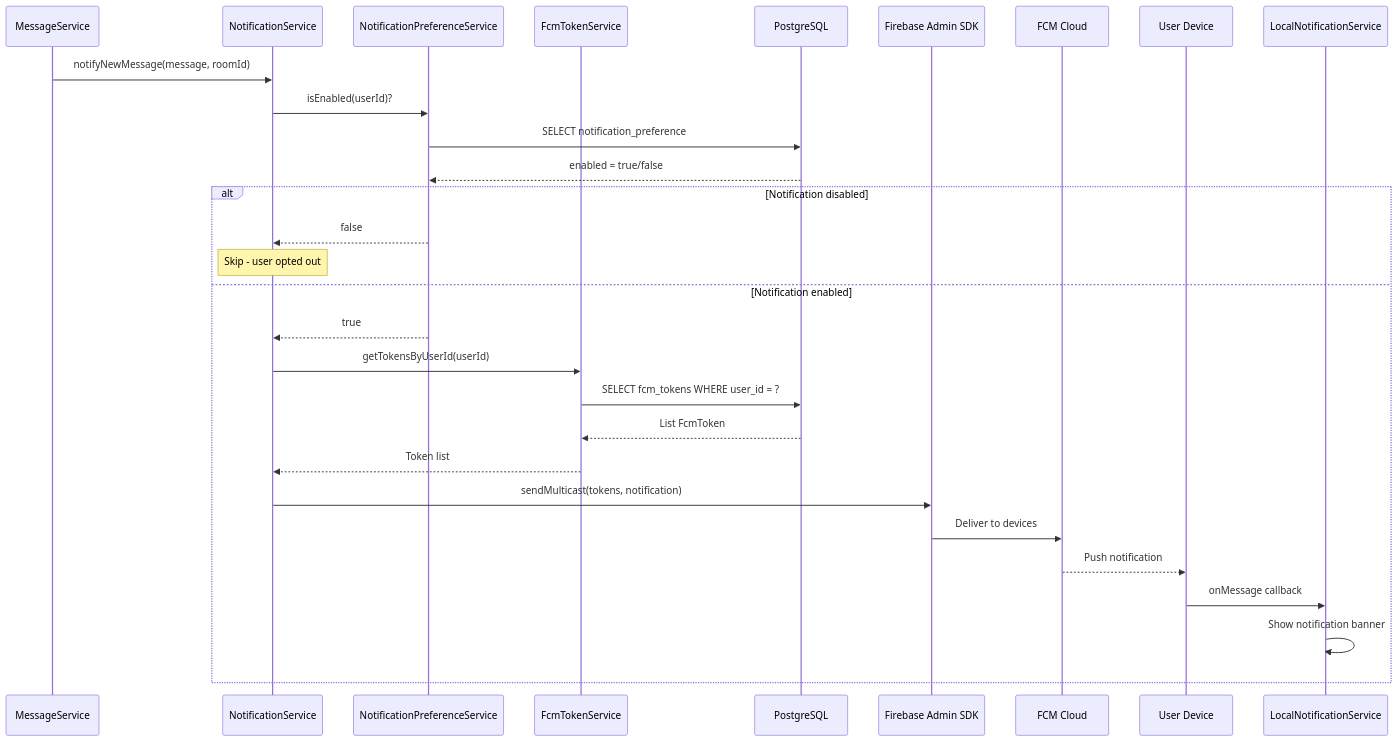
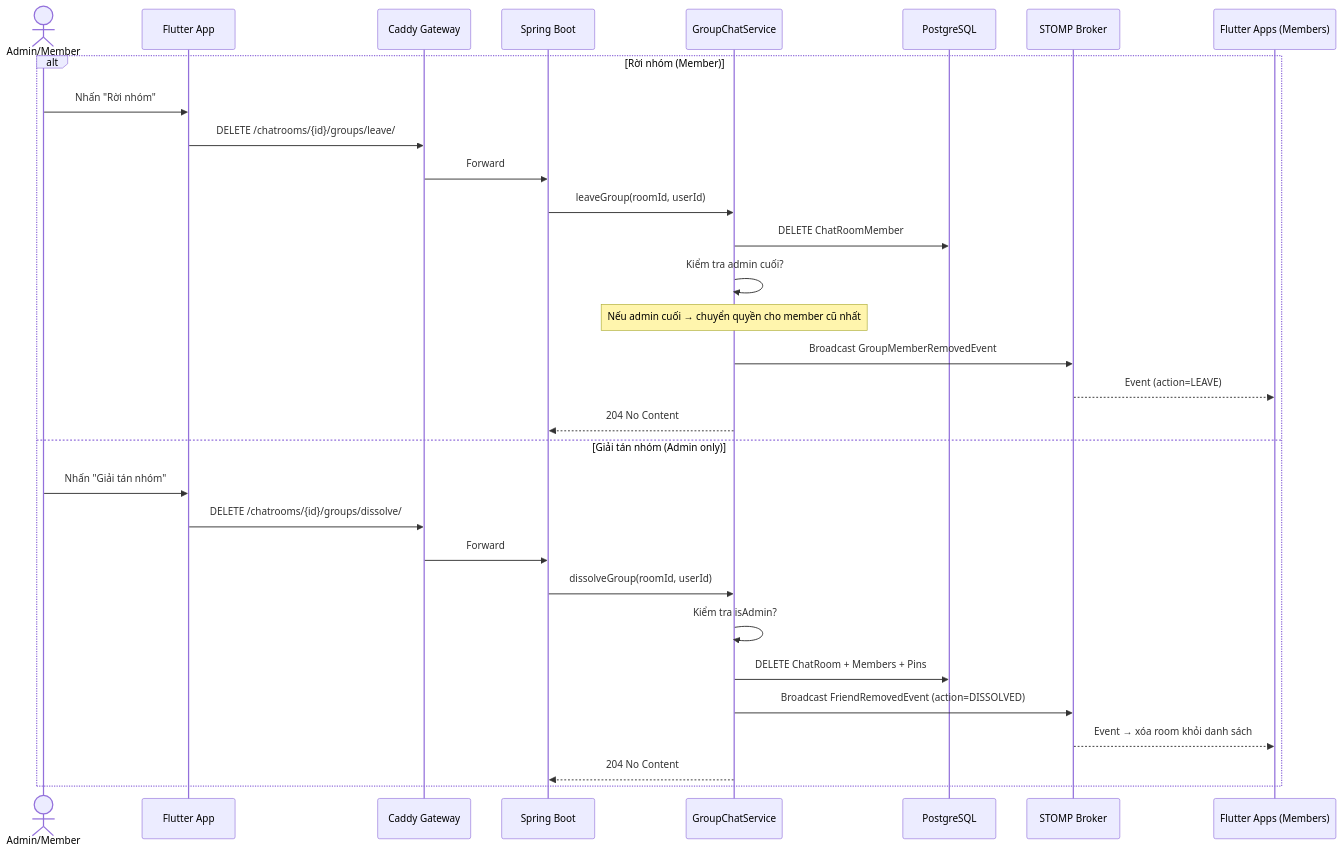
One commit to HiepNguyen284/chatapp changed the eighth of 11 diagrams in bao_cao_thanh_vien_4.md. Above: the diagram before and after it, drawn with Mermaid. The commit also changed other lines of this file and 4473 other files, not shown here.

````diff
--- a/bao_cao_thanh_vien_4.md
+++ b/bao_cao_thanh_vien_4.md
@@ -818,32 +679,34 @@
 ```mermaid
 sequenceDiagram
-    participant MsgSvc as MessageService
-    participant NotifSvc as NotificationService
-    participant PrefSvc as NotificationPreferenceService
-    participant TokenSvc as FcmTokenService
+    actor User as Admin/Member
+    participant App as Flutter App
+    participant API as Caddy Gateway
+    participant SB as Spring Boot
+    participant GrpSvc as GroupChatService
     participant DB as PostgreSQL
-    participant Firebase as Firebase Admin SDK
-    participant FCM as FCM Cloud
-    participant Device as User Device
-    participant LocalNotif as LocalNotificationService
+    participant STOMP as STOMP Broker
+    participant AppM as Flutter Apps (Members)
 
-    MsgSvc->>NotifSvc: notifyNewMessage(message, roomId)
-    NotifSvc->>PrefSvc: isEnabled(userId)?
-    PrefSvc->>DB: SELECT notification_preference
-    DB-->>PrefSvc: enabled = true/false
-    alt Notification disabled
-        PrefSvc-->>NotifSvc: false
-        Note over NotifSvc: Skip - user opted out
-    else Notification enabled
-        PrefSvc-->>NotifSvc: true
-        NotifSvc->>TokenSvc: getTokensByUserId(userId)
-        TokenSvc->>DB: SELECT fcm_tokens WHERE user_id = ?
-        DB-->>TokenSvc: List FcmToken
-        TokenSvc-->>NotifSvc: Token list
-        NotifSvc->>Firebase: sendMulticast(tokens, notification)
-        Firebase->>FCM: Deliver to devices
-        FCM-->>Device: Push notification
-        Device->>LocalNotif: onMessage callback
-        LocalNotif->>LocalNotif: Show notification banner
+    alt Rời nhóm (Member)
+        User->>App: Nhấn "Rời nhóm"
+        App->>API: DELETE /chatrooms/{id}/groups/leave/
+        API->>SB: Forward
+        SB->>GrpSvc: leaveGroup(roomId, userId)
+        GrpSvc->>DB: DELETE ChatRoomMember
+        GrpSvc->>GrpSvc: Kiểm tra admin cuối?
+        Note over GrpSvc: Nếu admin cuối → chuyển quyền cho member cũ nhất
+        GrpSvc->>STOMP: Broadcast GroupMemberRemovedEvent
+        STOMP-->>AppM: Event (action=LEAVE)
+        GrpSvc-->>SB: 204 No Content
+    else Giải tán nhóm (Admin only)
+        User->>App: Nhấn "Giải tán nhóm"
+        App->>API: DELETE /chatrooms/{id}/groups/dissolve/
+        API->>SB: Forward
+        SB->>GrpSvc: dissolveGroup(roomId, userId)
+        GrpSvc->>GrpSvc: Kiểm tra isAdmin?
+        GrpSvc->>DB: DELETE ChatRoom + Members + Pins
+        GrpSvc->>STOMP: Broadcast FriendRemovedEvent (action=DISSOLVED)
+        STOMP-->>AppM: Event → xóa room khỏi danh sách
+        GrpSvc-->>SB: 204 No Content
     end
 ```
````
